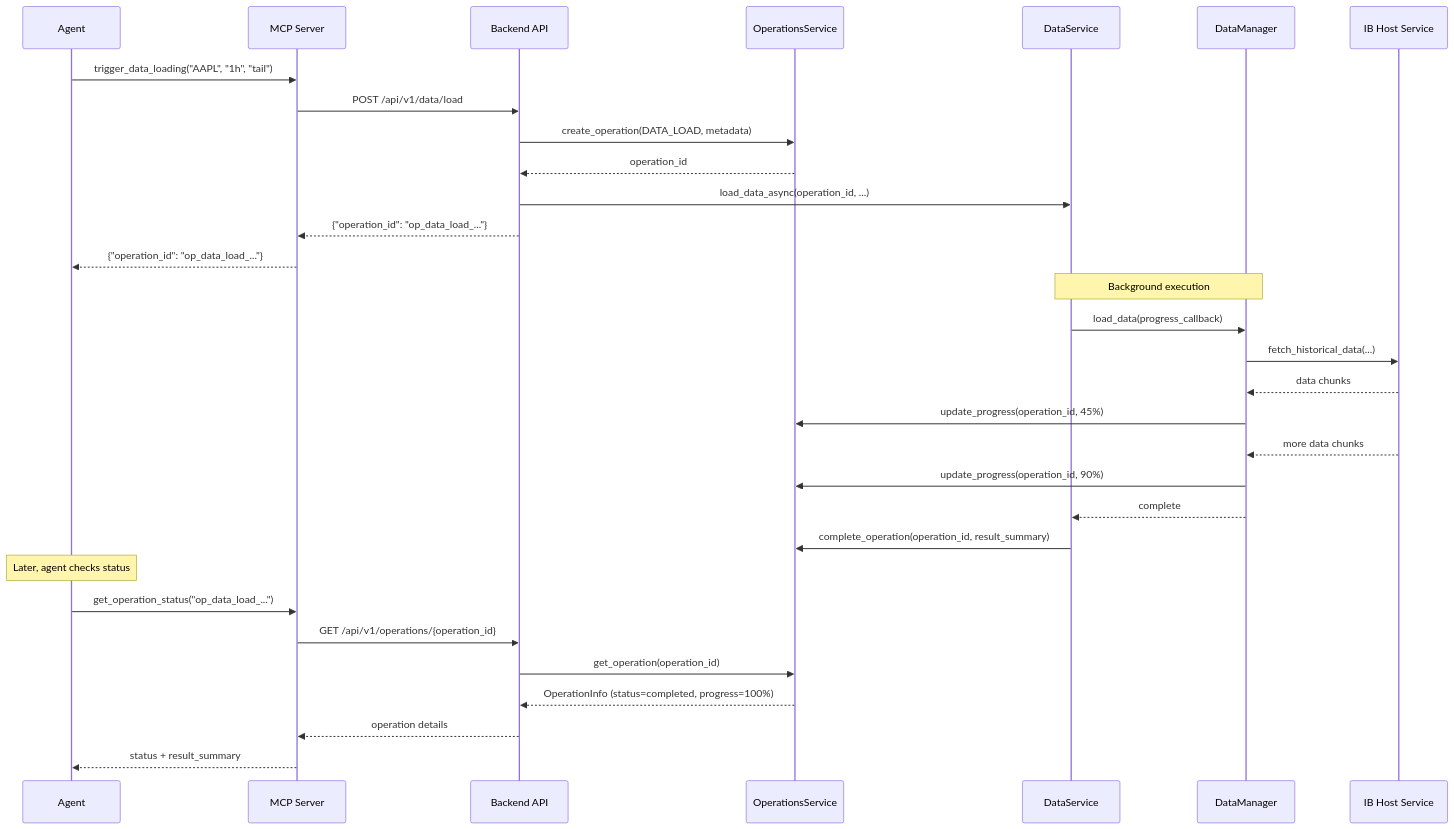
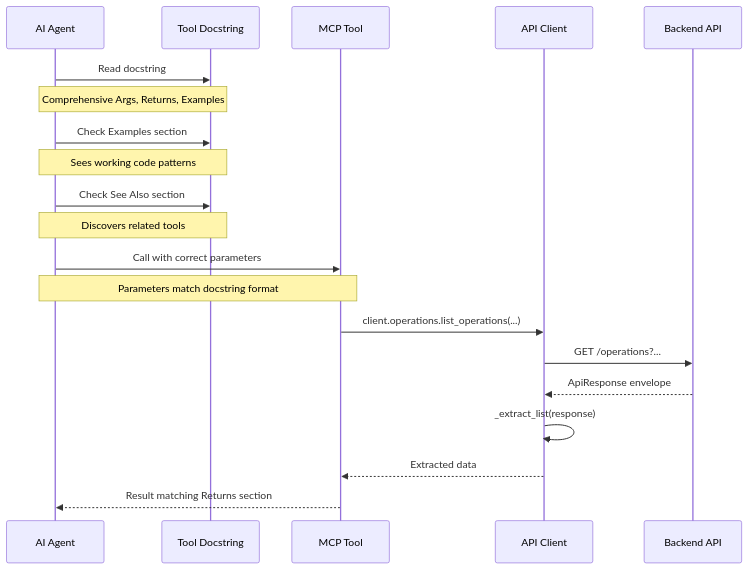
Before and after one commit to kpiteira/ktrdr: the second of 3 diagrams in docs/architecture/mcp/ARCHITECTURE.md, drawn with Mermaid. The commit also changed other lines of this file and 5 other files, not shown here.

First line of the commit message:
refactor(docs): restructure MCP architecture documentation

````diff
--- a/docs/architecture/mcp/ARCHITECTURE.md
+++ b/docs/architecture/mcp/ARCHITECTURE.md
@@ -422,36 +411,27 @@
 ```mermaid
 sequenceDiagram
-    participant Agent
-    participant MCP as MCP Server
+    participant Agent as AI Agent
+    participant DS as Tool Docstring
+    participant Tool as MCP Tool
+    participant Client as API Client
     participant API as Backend API
-    participant OpS as OperationsService
-    participant DS as DataService
-    participant DM as DataManager
-    participant IB as IB Host Service
 
-    Agent->>MCP: trigger_data_loading("AAPL", "1h", "tail")
-    MCP->>API: POST /api/v1/data/load
-    API->>OpS: create_operation(DATA_LOAD, metadata)
-    OpS-->>API: operation_id
-    API->>DS: load_data_async(operation_id, ...)
-    API-->>MCP: {"operation_id": "op_data_load_..."}
-    MCP-->>Agent: {"operation_id": "op_data_load_..."}
+    Agent->>DS: Read docstring
+    Note over Agent,DS: Comprehensive Args, Returns, Examples
 
-    Note over DS,DM: Background execution
-    DS->>DM: load_data(progress_callback)
-    DM->>IB: fetch_historical_data(...)
-    IB-->>DM: data chunks
-    DM->>OpS: update_progress(operation_id, 45%)
-    IB-->>DM: more data chunks
-    DM->>OpS: update_progress(operation_id, 90%)
-    DM-->>DS: complete
-    DS->>OpS: complete_operation(operation_id, result_summary)
+    Agent->>DS: Check Examples section
+    Note over Agent,DS: Sees working code patterns
 
-    Note over Agent: Later, agent checks status
-    Agent->>MCP: get_operation_status("op_data_load_...")
-    MCP->>API: GET /api/v1/operations/{operation_id}
-    API->>OpS: get_operation(operation_id)
-    OpS-->>API: OperationInfo (status=completed, progress=100%)
-    API-->>MCP: operation details
-    MCP-->>Agent: status + result_summary
+    Agent->>DS: Check See Also section
+    Note over Agent,DS: Discovers related tools
+
+    Agent->>Tool: Call with correct parameters
+    Note over Agent,Tool: Parameters match docstring format
+
+    Tool->>Client: client.operations.list_operations(...)
+    Client->>API: GET /operations?...
+    API-->>Client: ApiResponse envelope
+    Client->>Client: _extract_list(response)
+    Client-->>Tool: Extracted data
+    Tool-->>Agent: Result matching Returns section
 ```
````
